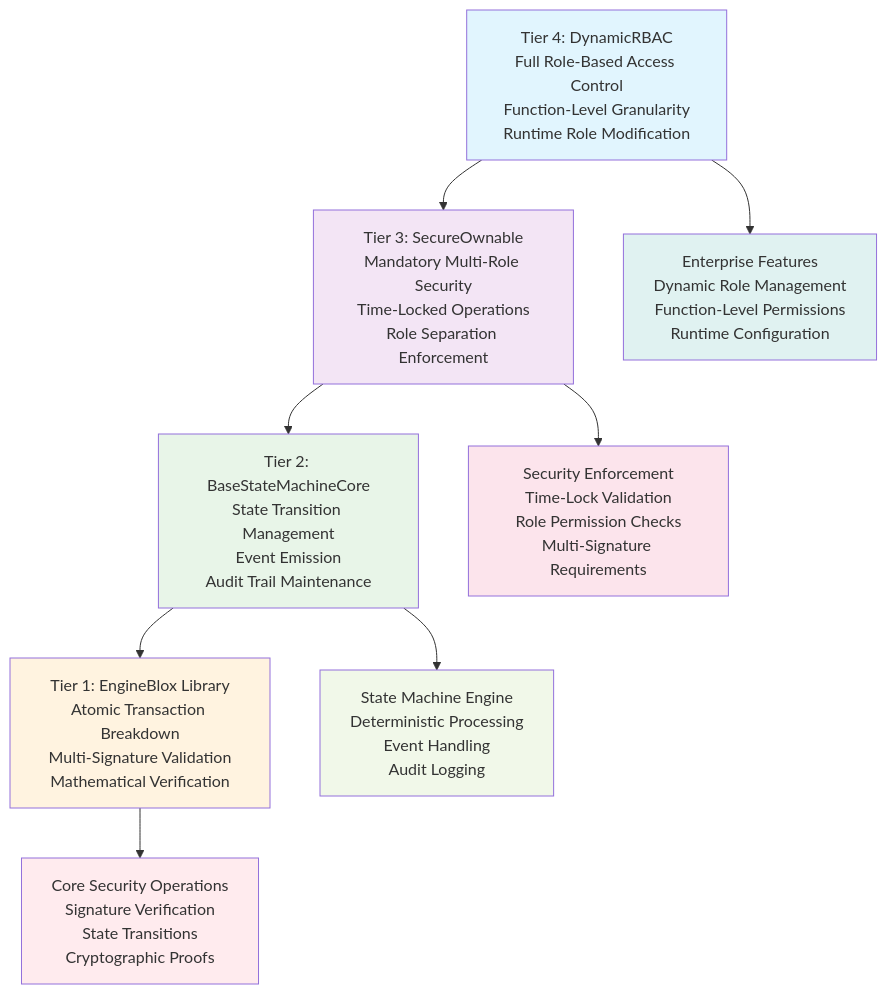
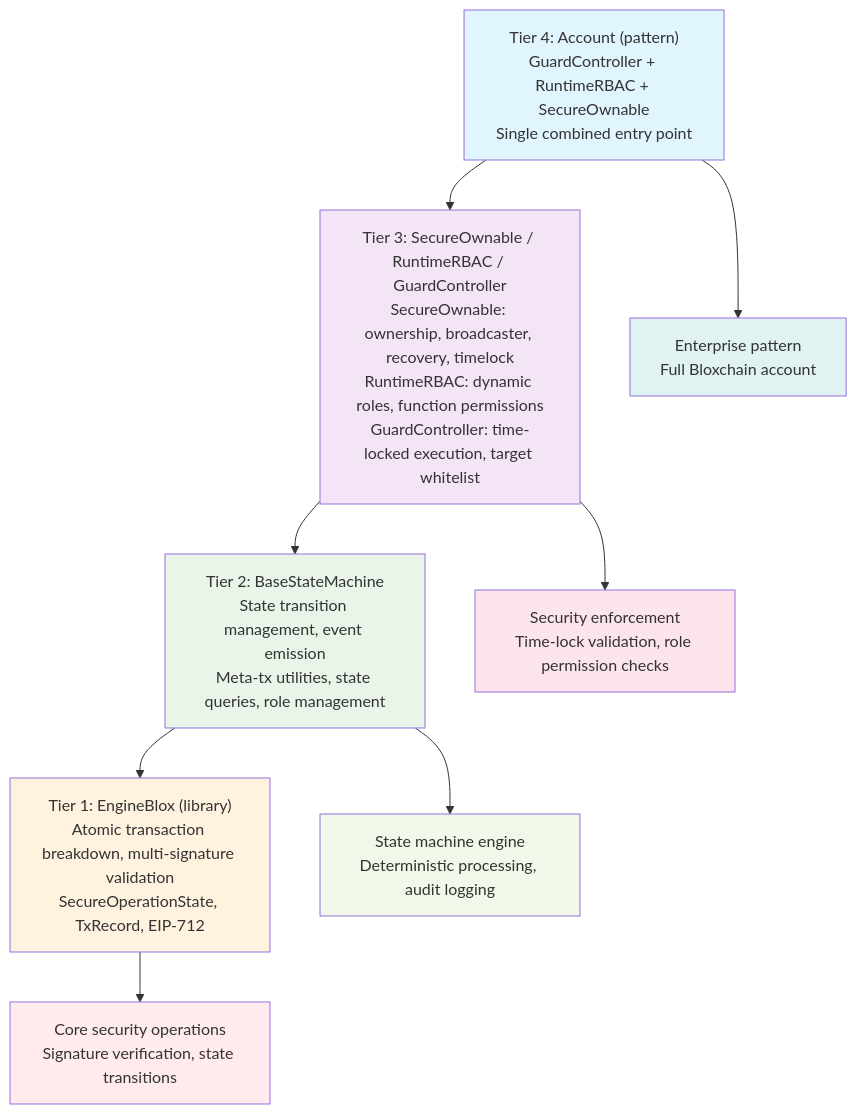
Before and after one commit to PracticalParticle/Bloxchain-Protocol: the eighth of 10 diagrams in WHITEPAPER.md, drawn with Mermaid. The commit also changed other lines of this file and 1 other file, not shown here.

First line of the commit message:
docs: add comprehensive technical overview for Bloxchain Protocol

````diff
--- a/WHITEPAPER.md
+++ b/WHITEPAPER.md
@@ -421,20 +429,20 @@
 ```mermaid
 flowchart TD
-    A["Tier 4: DynamicRBAC<br/>Full Role-Based Access Control<br/>Function-Level Granularity<br/>Runtime Role Modification"] --> B["Tier 3: SecureOwnable<br/>Mandatory Multi-Role Security<br/>Time-Locked Operations<br/>Role Separation Enforcement"]
-    B --> C["Tier 2: BaseStateMachineCore<br/>State Transition Management<br/>Event Emission<br/>Audit Trail Maintenance"]
-    C --> D["Tier 1: EngineBlox Library<br/>Atomic Transaction Breakdown<br/>Multi-Signature Validation<br/>Mathematical Verification"]
+    A["Tier 4: Account (pattern)<br/>GuardController + RuntimeRBAC + SecureOwnable<br/>Single combined entry point"] --> B["Tier 3: SecureOwnable / RuntimeRBAC / GuardController<br/>SecureOwnable: ownership, broadcaster, recovery, timelock<br/>RuntimeRBAC: dynamic roles, function permissions<br/>GuardController: time-locked execution, target whitelist"]
+    B --> C["Tier 2: BaseStateMachine<br/>State transition management, event emission<br/>Meta-tx utilities, state queries, role management"]
+    C --> D["Tier 1: EngineBlox (library)<br/>Atomic transaction breakdown, multi-signature validation<br/>SecureOperationState, TxRecord, EIP-712"]
     
-    D --> E["Core Security Operations<br/>Signature Verification<br/>State Transitions<br/>Cryptographic Proofs"]
-    C --> F["State Machine Engine<br/>Deterministic Processing<br/>Event Handling<br/>Audit Logging"]
-    B --> G["Security Enforcement<br/>Time-Lock Validation<br/>Role Permission Checks<br/>Multi-Signature Requirements"]
-    A --> H["Enterprise Features<br/>Dynamic Role Management<br/>Function-Level Permissions<br/>Runtime Configuration"]
+    D --> E["Core security operations<br/>Signature verification, state transitions"]
+    C --> F["State machine engine<br/>Deterministic processing, audit logging"]
+    B --> G["Security enforcement<br/>Time-lock validation, role permission checks"]
+    A --> H["Enterprise pattern<br/>Full Bloxchain account"]
     
     style A fill:#e1f5fe
     style B fill:#f3e5f5
     style C fill:#e8f5e8
     style D fill:#fff3e0
     style E fill:#ffebee
     style F fill:#f1f8e9
     style G fill:#fce4ec
     style H fill:#e0f2f1
 ```
````
